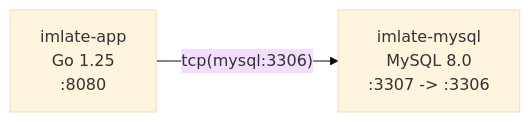
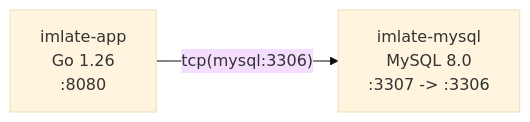
Before and after one commit to buzyka/imlate: the diagram in docs/infrastructure/README.md, drawn with Mermaid (base theme). The commit also changed other lines of this file and 27 other files, not shown here.

````diff
--- a/docs/infrastructure/README.md
+++ b/docs/infrastructure/README.md
@@ -11,7 +11,7 @@
 ```mermaid
 graph LR
-  App["imlate-app<br/>Go 1.25<br/>:8080"]
+  App["imlate-app<br/>Go 1.26<br/>:8080"]
   MySQL["imlate-mysql<br/>MySQL 8.0<br/>:3307 -> :3306"]
 
   App -->|"tcp(mysql:3306)"| MySQL
 ```
````
